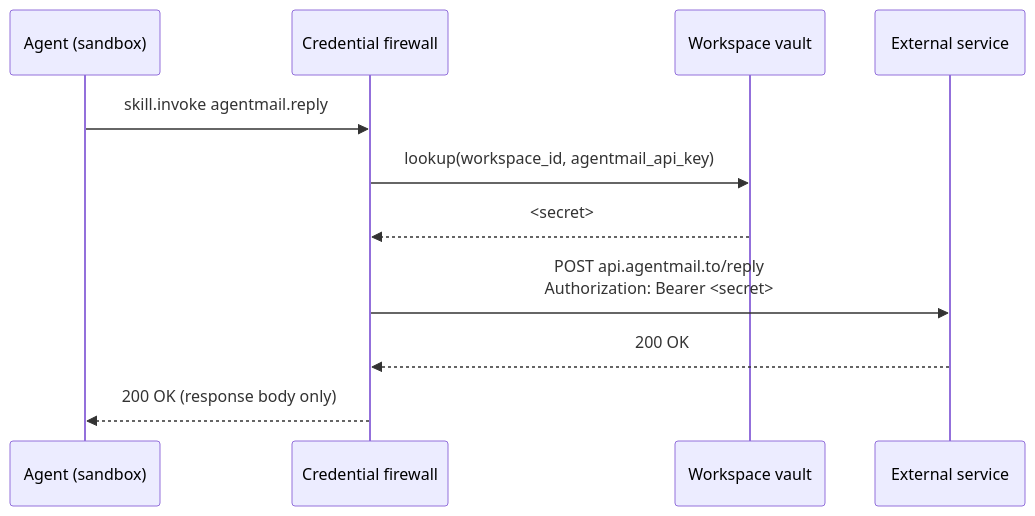
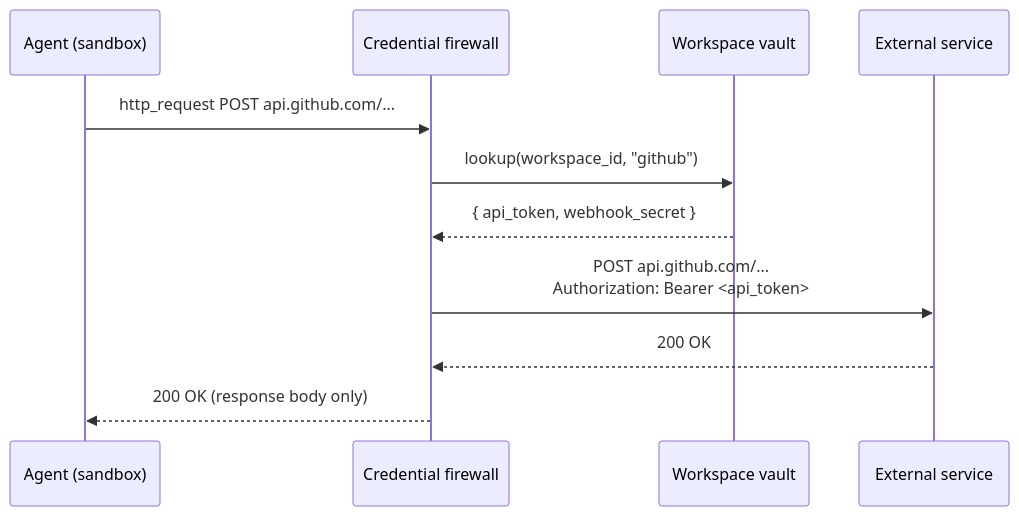
One commit to usezombie/docs changed the diagram in zombies/credentials.mdx. Above: the diagram before and after it, drawn with Mermaid. The commit also changed other lines of this file and 8 other files, not shown here.

````diff
--- a/zombies/credentials.mdx
+++ b/zombies/credentials.mdx
@@ -12,14 +12,14 @@
 ```mermaid
 sequenceDiagram
     participant A as Agent (sandbox)
     participant F as Credential firewall
     participant V as Workspace vault
     participant E as External service
 
-    A->>F: skill.invoke agentmail.reply
-    F->>V: lookup(workspace_id, agentmail_api_key)
-    V-->>F: <secret>
-    F->>E: POST api.agentmail.to/reply<br/>Authorization: Bearer <secret>
+    A->>F: http_request POST api.github.com/...
+    F->>V: lookup(workspace_id, "github")
+    V-->>F: { api_token, webhook_secret }
+    F->>E: POST api.github.com/...<br/>Authorization: Bearer <api_token>
     E-->>F: 200 OK
     F-->>A: 200 OK (response body only)
 ```
````
